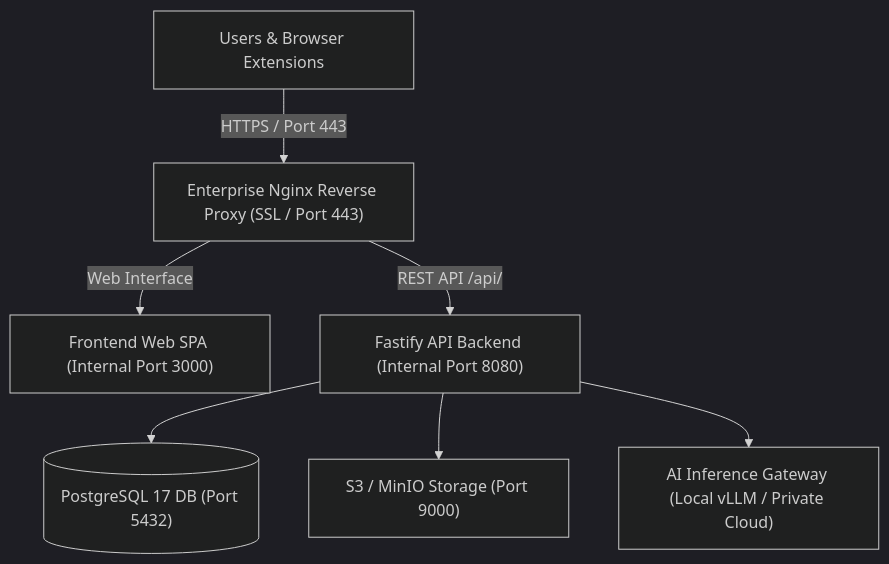
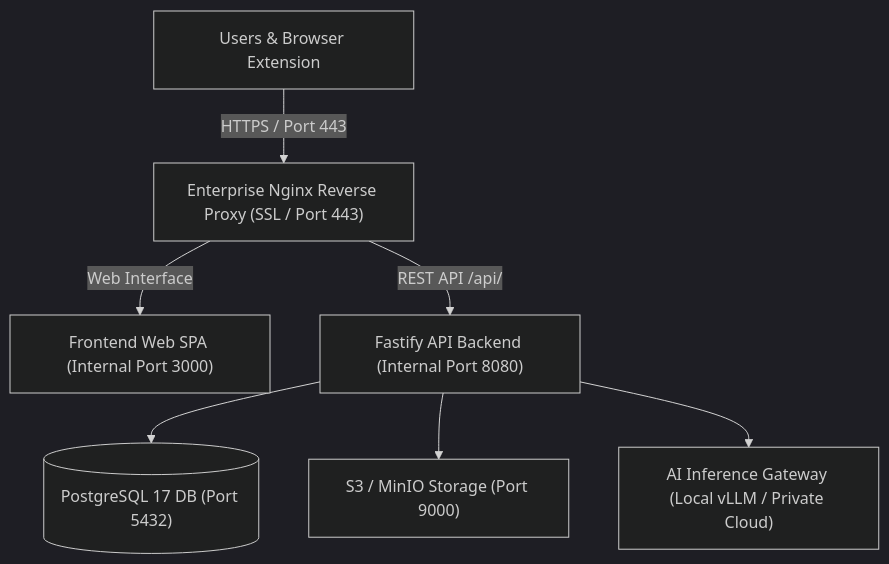
One commit to DBS-LU/powerprompt-docs changed the diagram in src/content/docs/installation/on-premise.md. Above: the diagram before and after it, drawn with Mermaid (dark theme). The commit also changed 4 other files, not shown here.

Commit message:
refactor: complete global harmonization of Browser Extension terminology

````diff
--- a/src/content/docs/installation/on-premise.md
+++ b/src/content/docs/installation/on-premise.md
@@ -15,20 +15,20 @@
 ```mermaid
 graph TD
-    Users["Users & Browser Extensions"]
+    Users["Users & Browser Extension"]
     Proxy["Enterprise Nginx Reverse Proxy (SSL / Port 443)"]
 
     Frontend["Frontend Web SPA (Internal Port 3000)"]
     Backend["Fastify API Backend (Internal Port 8080)"]
 
     DB[("PostgreSQL 17 DB (Port 5432)")]
     Storage["S3 / MinIO Storage (Port 9000)"]
     LLMGateway["AI Inference Gateway (Local vLLM / Private Cloud)"]
 
     Users -->|HTTPS / Port 443| Proxy
     Proxy -->|Web Interface| Frontend
     Proxy -->|REST API /api/| Backend
 
     Backend --> DB
     Backend --> Storage
     Backend --> LLMGateway
 ```
````
